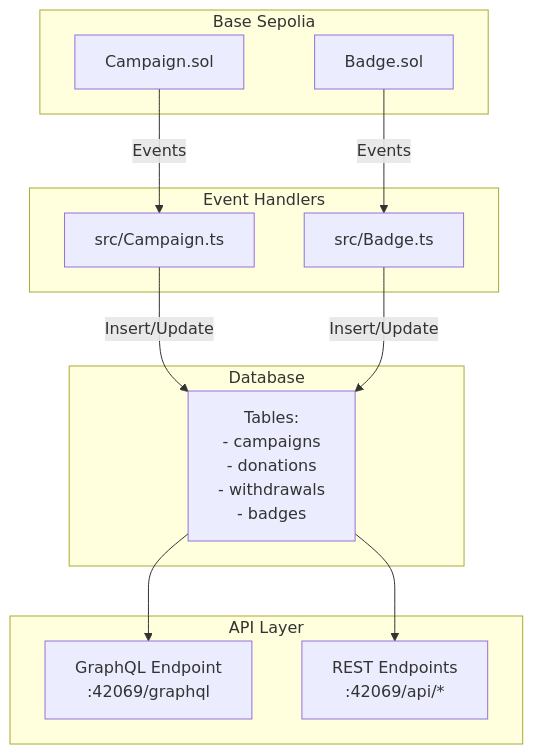
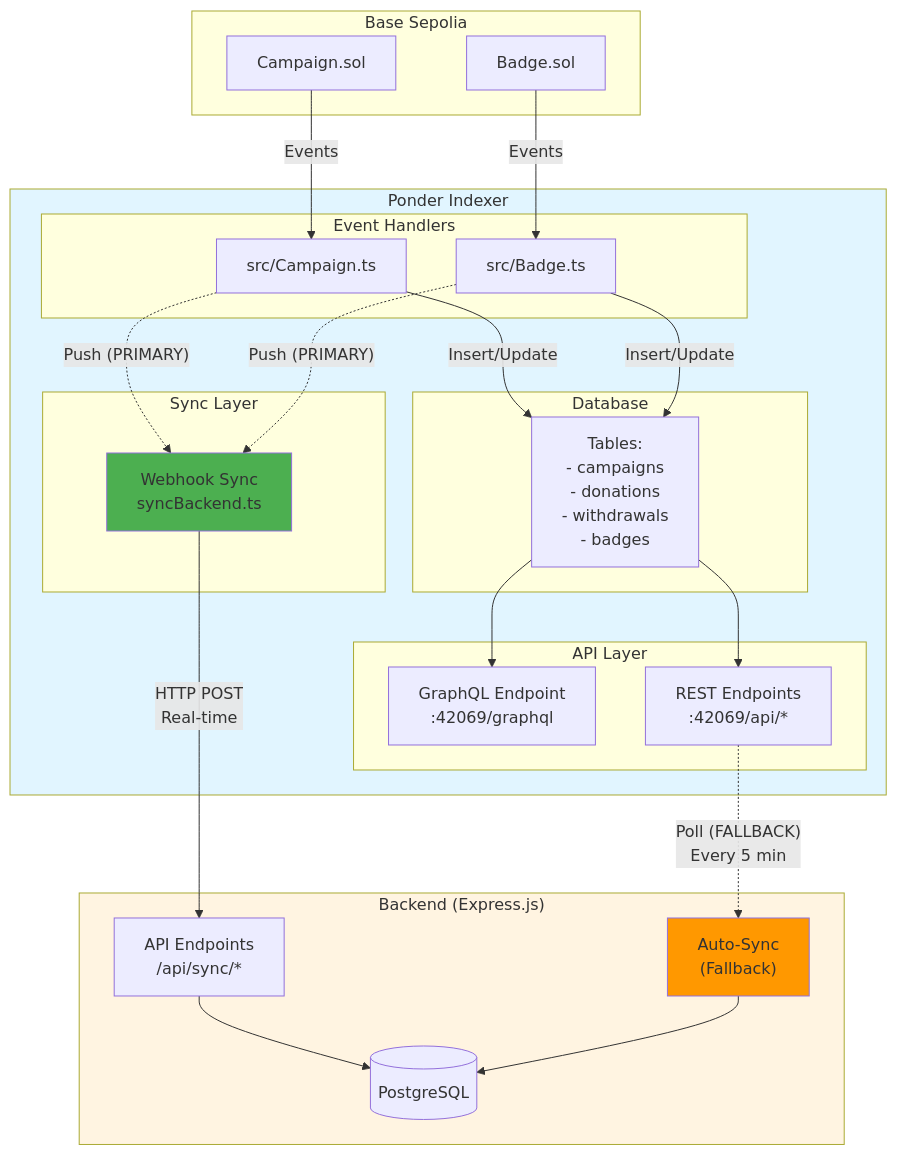
The first of 3 diagrams in pitching/how-to-run/indexer-guide.md (CrowdFUNding-Base/SC), drawn with Mermaid before and after one commit. The commit also changed other lines of this file and 10 other files, not shown here.

````diff
--- a/pitching/how-to-run/indexer-guide.md
+++ b/pitching/how-to-run/indexer-guide.md
@@ -19,28 +21,52 @@
 ```mermaid
 flowchart TB
     subgraph Blockchain["Base Sepolia"]
         Campaign["Campaign.sol"]
         Badge["Badge.sol"]
     end
 
-    subgraph EventHandlers["Event Handlers"]
-        CampaignHandler["src/Campaign.ts"]
-        BadgeHandler["src/Badge.ts"]
+    subgraph Ponder["Ponder Indexer"]
+        subgraph EventHandlers["Event Handlers"]
+            CampaignHandler["src/Campaign.ts"]
+            BadgeHandler["src/Badge.ts"]
+        end
+
+        subgraph Database["Database"]
+            Tables["Tables:\n- campaigns\n- donations\n- withdrawals\n- badges"]
+        end
+
+        subgraph APIs["API Layer"]
+            GraphQL["GraphQL Endpoint\n:42069/graphql"]
+            REST["REST Endpoints\n:42069/api/*"]
+        end
+
+        subgraph Sync["Sync Layer"]
+            Webhook["Webhook Sync\nsyncBackend.ts"]
+        end
     end
 
-    subgraph Database["Database"]
-        Tables["Tables:\n- campaigns\n- donations\n- withdrawals\n- badges"]
-    end
-
-    subgraph APIs["API Layer"]
-        GraphQL["GraphQL Endpoint\n:42069/graphql"]
-        REST["REST Endpoints\n:42069/api/*"]
+    subgraph Backend["Backend (Express.js)"]
+        BackendAPI["API Endpoints\n/api/sync/*"]
+        PostgreSQL[(PostgreSQL)]
+        AutoSync["Auto-Sync\n(Fallback)"]
     end
 
     Campaign --> |"Events"| CampaignHandler
     Badge --> |"Events"| BadgeHandler
     CampaignHandler --> |"Insert/Update"| Tables
     BadgeHandler --> |"Insert/Update"| Tables
+    CampaignHandler -.->|"Push (PRIMARY)"| Webhook
+    BadgeHandler -.->|"Push (PRIMARY)"| Webhook
+    Webhook -->|"HTTP POST\nReal-time"| BackendAPI
+    BackendAPI --> PostgreSQL
+
     Tables --> GraphQL
     Tables --> REST
+    REST -.->|"Poll (FALLBACK)\nEvery 5 min"| AutoSync
+    AutoSync --> PostgreSQL
+
+    style Webhook fill:#4caf50
+    style AutoSync fill:#ff9800
+    style Ponder fill:#e1f5ff
+    style Backend fill:#fff4e1
 ```
````
